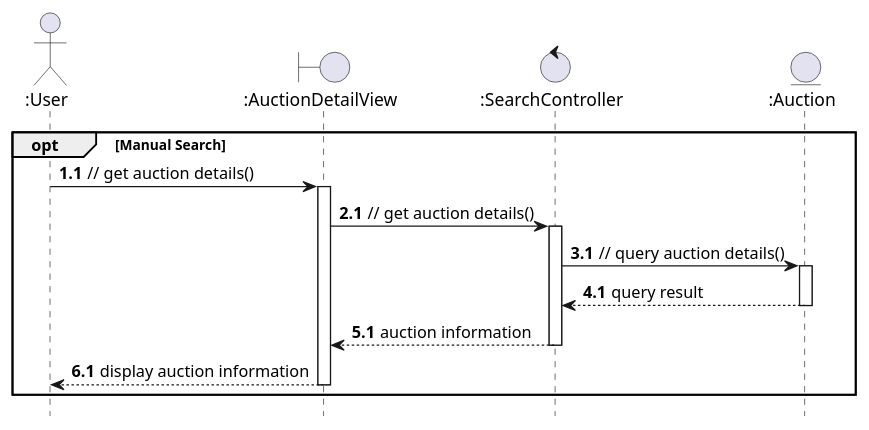
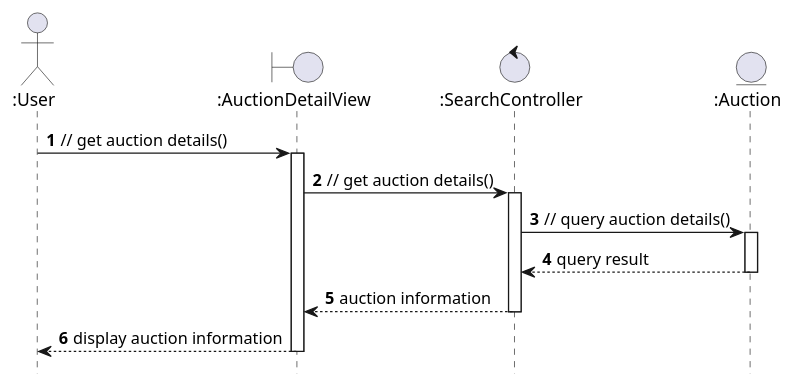
Before and after one commit to anhbanlinhle/velocity-exchange: the diagram in uml/analysis/sequence/view_auction_information.pu, drawn with PlantUML.

Commit message:
doc[lynn]: seq diagram no. 7 fix flow

```diff
--- a/uml/analysis/sequence/view_auction_information.pu
+++ b/uml/analysis/sequence/view_auction_information.pu
@@ -1,33 +1,23 @@
 @startuml
 hide footbox
 
 actor ":User" as User
 boundary ":AuctionDetailView" as AuctionView
 control ":SearchController" as SearchController
 entity ":Auction" as Auction
 
 autonumber
-
-opt Manual Search
-  autonumber 1.1
-    User -> AuctionView: // get auction details()
-    autonumber inc A
-    activate AuctionView
-      AuctionView -> SearchController: // get auction details()
-      autonumber inc A
-      activate SearchController
-        SearchController -> Auction: // query auction details()
-          autonumber inc A
-          activate Auction
-            Auction --> SearchController: query result
-            autonumber inc A
-          deactivate Auction
-        SearchController --> AuctionView: auction information
-        autonumber inc A
-      deactivate SearchController
-      AuctionView --> User: display auction information
-      autonumber inc A
-    deactivate AuctionView
-end
+  User -> AuctionView: // get auction details()
+  activate AuctionView
+    AuctionView -> SearchController: // get auction details()
+    activate SearchController
+      SearchController -> Auction: // query auction details()
+        activate Auction
+          Auction --> SearchController: query result
+        deactivate Auction
+      SearchController --> AuctionView: auction information
+    deactivate SearchController
+    AuctionView --> User: display auction information
+  deactivate AuctionView
 
 @enduml
```
